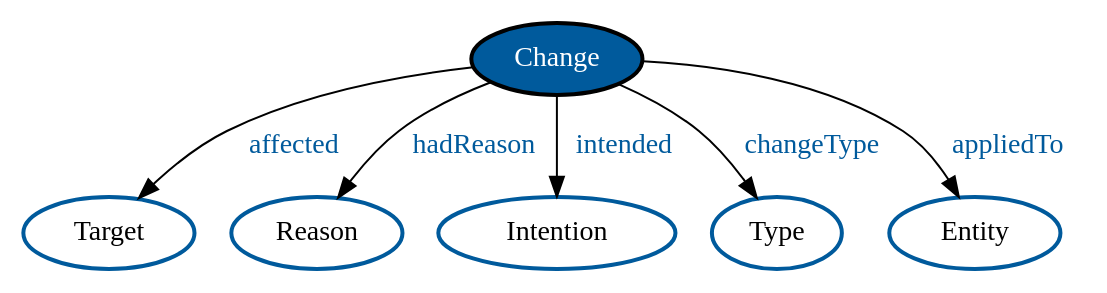
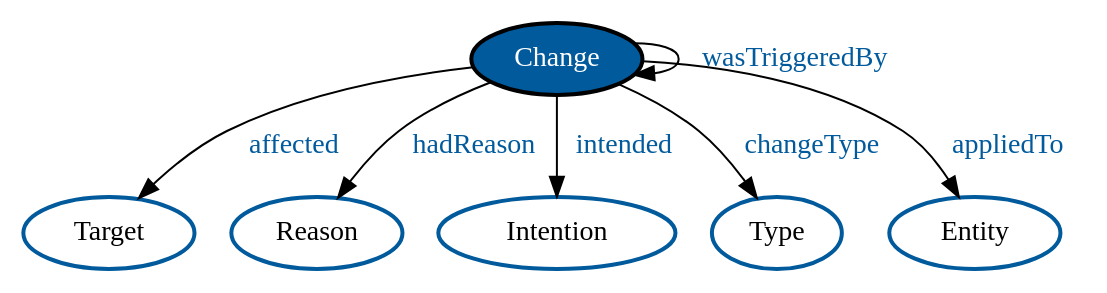
One commit to binfalse/COMODI changed the diagram in doc/intro.dot. Above: the diagram before and after it, drawn with Graphviz. The commit also changed 9 other files, not shown here.

```diff
--- a/doc/intro.dot
+++ b/doc/intro.dot
@@ -1,14 +1,15 @@
 digraph intro {
 edge [len=2,fontcolor="#005A9C",fontname = "DejaVu Sans Mono bold"];
 node [color="#005A9C",fontname = "DejaVu Sans Mono bold", style="bold"]
 
 change [color="#000000", style="filled,bold", fillcolor="#005A9C", fontcolor="#ffffff", label="Change"];
 
 
 change -> "Target" [label="affected"];
 change -> "Reason" [label="hadReason"];
 change -> "Intention" [label="intended"];
 change -> "Type" [label="changeType"];
 change -> "Entity" [label="appliedTo"];
+change -> change [label="wasTriggeredBy"];
 
 }
```
